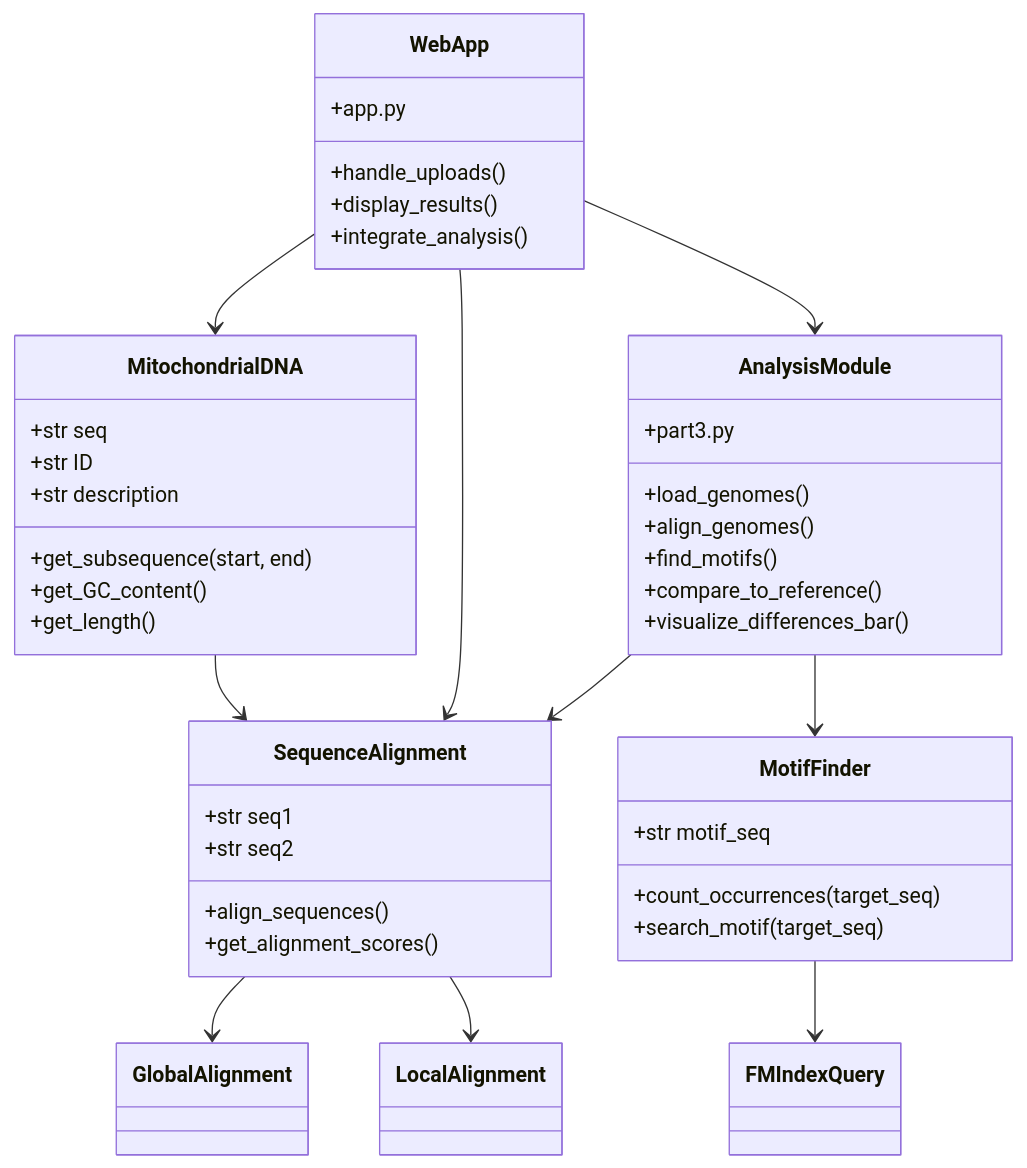
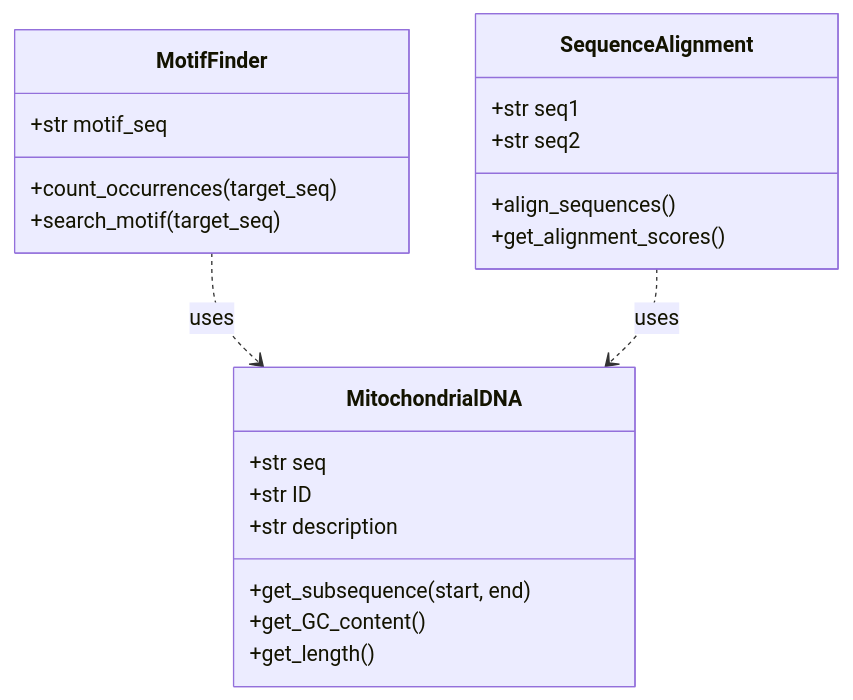
Before and after one commit to hades-k/Advanced_prog: the first of 2 diagrams in README.md, drawn with Mermaid. The commit also changed other lines of this file, not shown here.

````diff
--- a/README.md
+++ b/README.md
@@ -58,50 +52,28 @@
 ```mermaid
 classDiagram
     class MitochondrialDNA {
         +str seq
         +str ID
         +str description
         +get_subsequence(start, end)
         +get_GC_content()
         +get_length()
     }
     
     class MotifFinder {
         +str motif_seq
         +count_occurrences(target_seq)
         +search_motif(target_seq)
     }
     
     class SequenceAlignment {
         +str seq1
         +str seq2
         +align_sequences()
         +get_alignment_scores()
     }
-    
-    class WebApp {
-        +app.py
-        +handle_uploads()
-        +display_results()
-        +integrate_analysis()
-    }
-    
-    class AnalysisModule {
-        +part3.py
-        +load_genomes()
-        +align_genomes()
-        +find_motifs()
-        +compare_to_reference()
-        +visualize_differences_bar()
-    }
-    
-    MitochondrialDNA --> SequenceAlignment
-    MotifFinder --> FMIndexQuery
-    SequenceAlignment --> GlobalAlignment
-    SequenceAlignment --> LocalAlignment
-    WebApp --> MitochondrialDNA
-    WebApp --> SequenceAlignment
-    WebApp --> AnalysisModule
-    AnalysisModule --> MotifFinder
-    AnalysisModule --> SequenceAlignment
+
+    MotifFinder ..> MitochondrialDNA : uses
+    SequenceAlignment ..> MitochondrialDNA : uses
+
 ```
````
